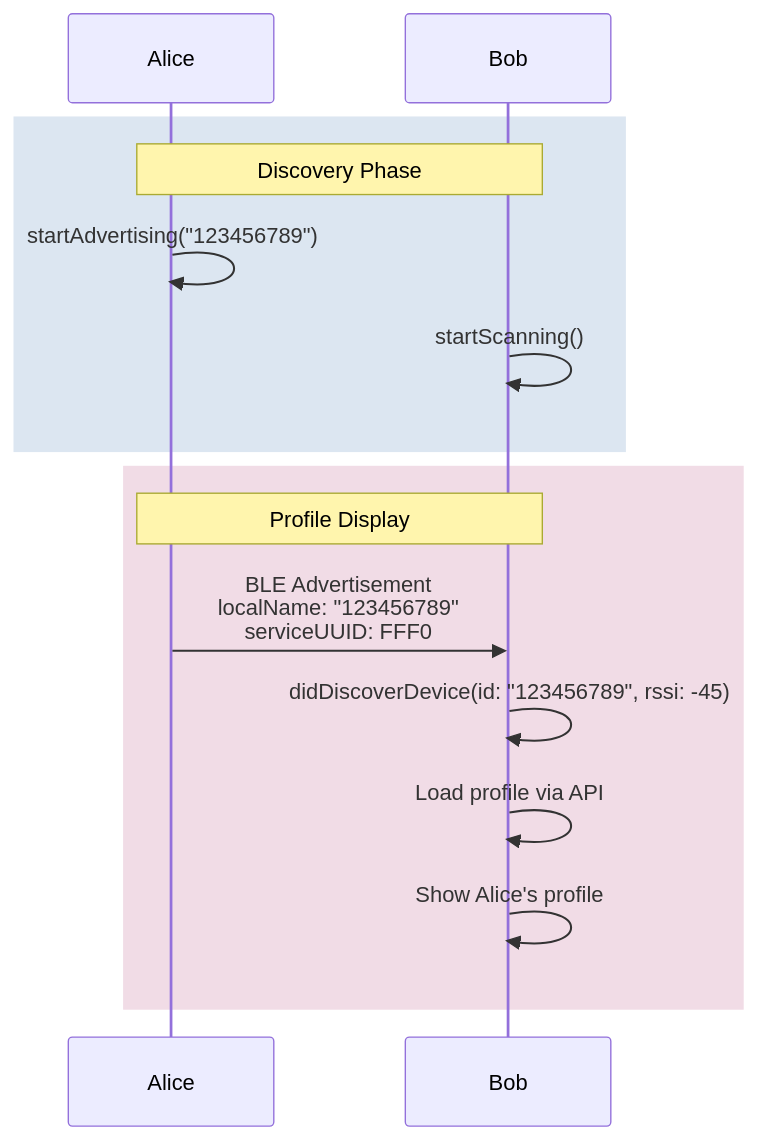
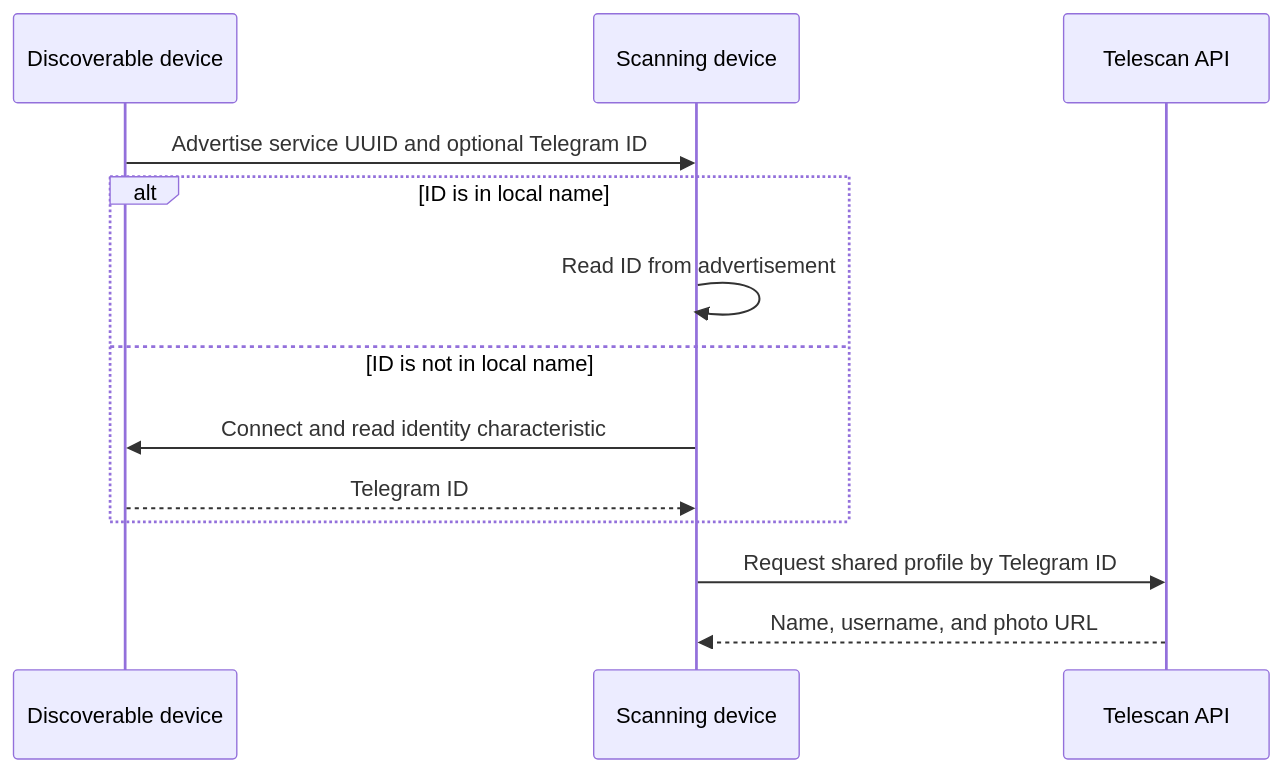
The second of 2 diagrams in WHITEPAPER.md (hiTechTeam/Telescan-info), drawn with Mermaid before and after one commit. The commit also changed other lines of this file and 4 other files, not shown here.

````diff
--- a/WHITEPAPER.md
+++ b/WHITEPAPER.md
@@ -119,19 +55,16 @@
 ```mermaid
 sequenceDiagram
-    participant A as Alice
-    participant B as Bob
+    participant A as Discoverable device
+    participant B as Scanning device
+    participant API as Telescan API
 
-    rect rgb(220, 230, 241)
-        note over A,B: Discovery Phase
-        A->>A: startAdvertising("123456789")
-        B->>B: startScanning()
+    A->>B: Advertise service UUID and optional Telegram ID
+    alt ID is in local name
+        B->>B: Read ID from advertisement
+    else ID is not in local name
+        B->>A: Connect and read identity characteristic
+        A-->>B: Telegram ID
     end
-
-    rect rgba(241, 220, 230, 1)
-        note over A,B: Profile Display
-        A->>B: BLE Advertisement<br/>localName: "123456789"<br/>serviceUUID: FFF0
-        B->>B: didDiscoverDevice(id: "123456789", rssi: -45)
-        B->>B: Load profile via API
-        B->>B: Show Alice's profile
-    end
+    B->>API: Request shared profile by Telegram ID
+    API-->>B: Name, username, and photo URL
 ```
````
